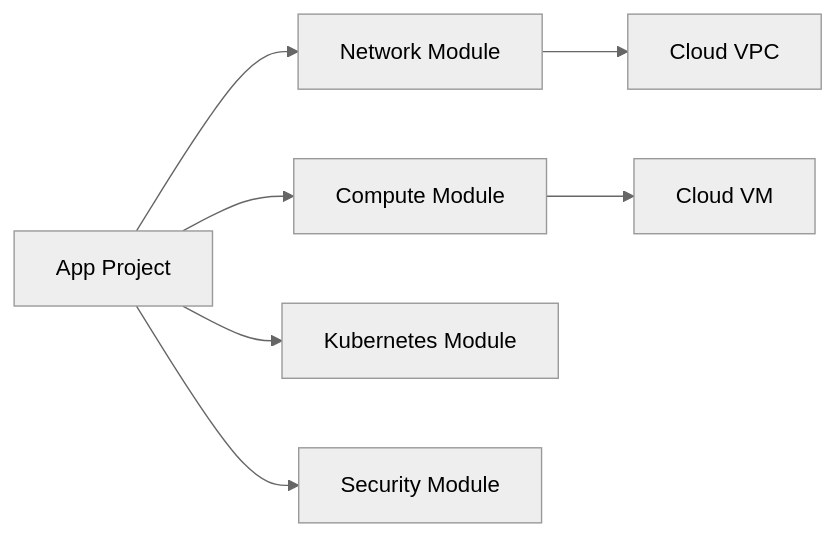
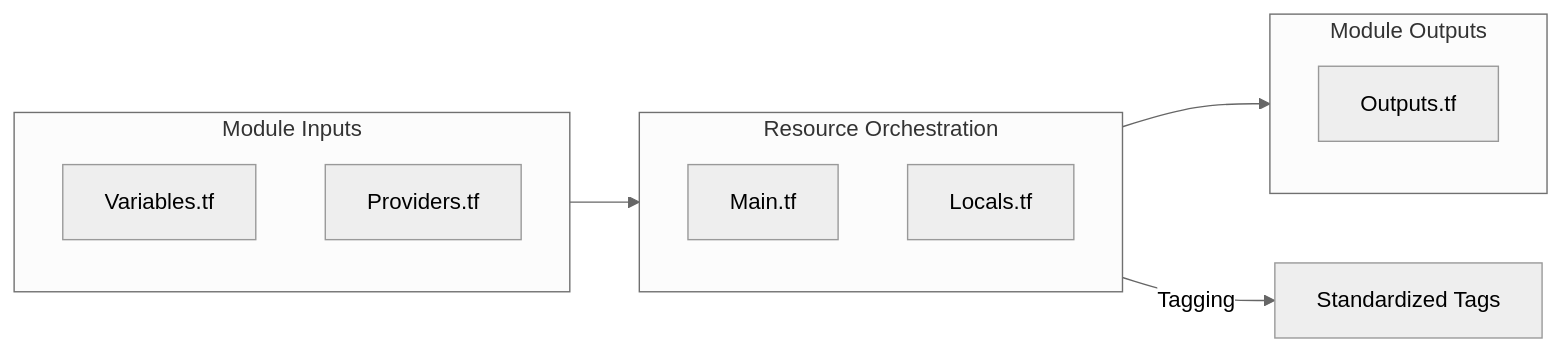
One commit to Devopstrio/terraform-modules changed the second of 10 diagrams in README.md. Above: the diagram before and after it, drawn with Mermaid (neutral theme). The commit also changed other lines of this file, not shown here.

Commit message:
docs: implement 10+ professional architecture diagrams for atomic iac modules

````diff
--- a/README.md
+++ b/README.md
@@ -84,9 +103,20 @@
 ```mermaid
 graph LR
-    Root[App Project] --> NetM[Network Module]
-    Root --> CompM[Compute Module]
-    Root --> K8sM[Kubernetes Module]
-    Root --> SecM[Security Module]
-    NetM --> VPC[Cloud VPC]
-    CompM --> VM[Cloud VM]
+    subgraph Input["Module Inputs"]
+        Vars[Variables.tf]
+        Prov[Providers.tf]
+    end
+
+    subgraph Core["Resource Orchestration"]
+        Main[Main.tf]
+        Loc[Locals.tf]
+    end
+
+    subgraph Output["Module Outputs"]
+        Attr[Outputs.tf]
+    end
+
+    Input --> Core
+    Core --> Output
+    Core -->|Tagging| Tag[Standardized Tags]
 ```
````
